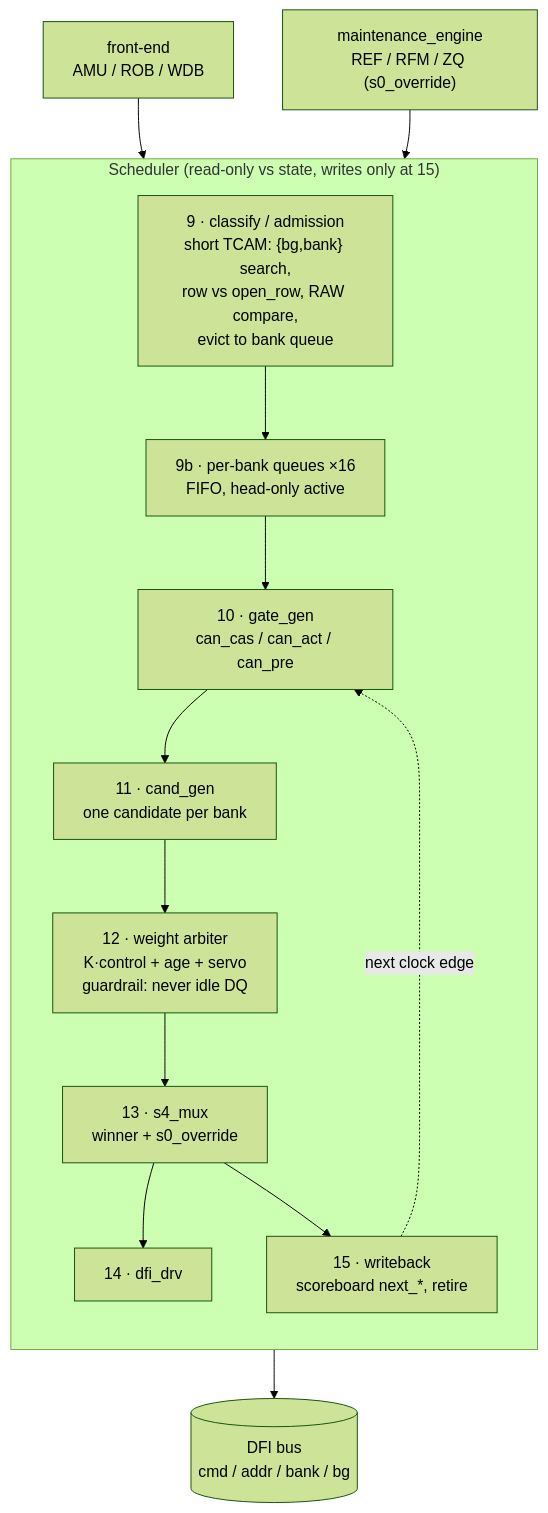
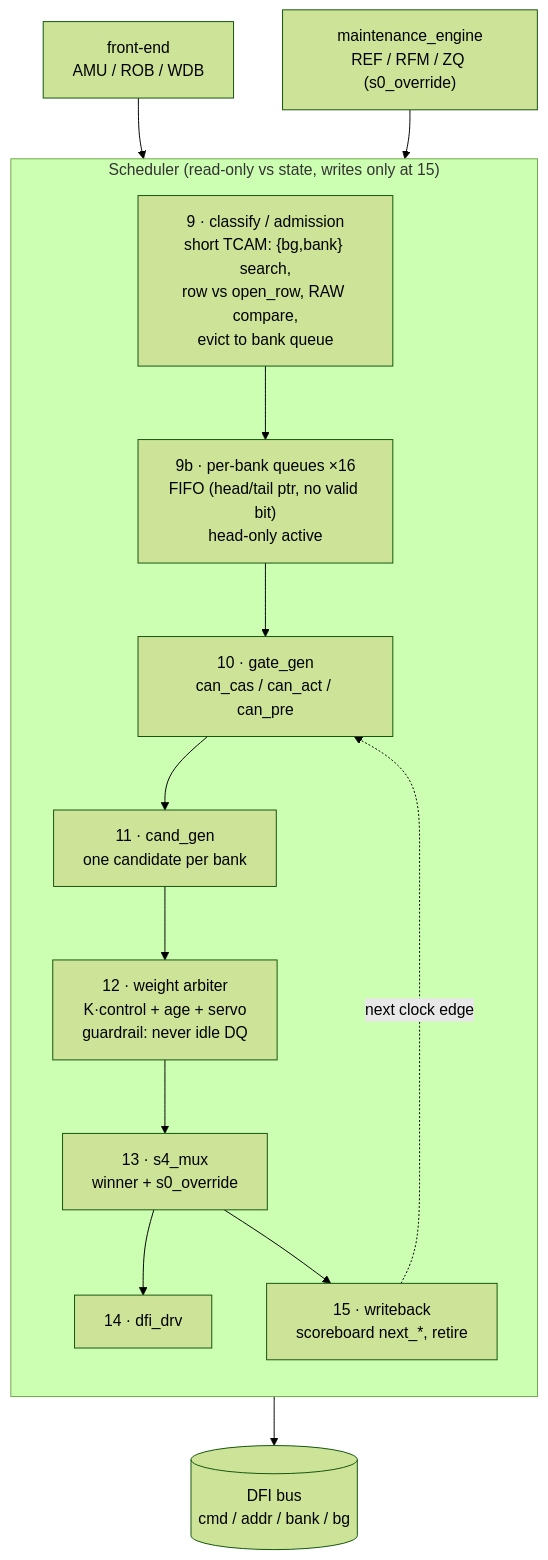
The first of 3 diagrams in docs/scheduler_block_diagram.md (ByteWise-Cookie/rmc_theory), drawn with Mermaid (forest theme) before and after one commit. The commit also changed other lines of this file and 5 other files, not shown here.

First line of the commit message:
docs(sched): no valid bit in per-bank queue (mentor)

````diff
--- a/docs/scheduler_block_diagram.md
+++ b/docs/scheduler_block_diagram.md
@@ -12,23 +12,23 @@
 ```mermaid
 flowchart TB
     SRC["front-end<br/>AMU / ROB / WDB"] --> ADM
 
     subgraph SCH["Scheduler (read-only vs state, writes only at 15)"]
         direction TB
         ADM["9 · classify / admission<br/>short TCAM: {bg,bank} search,<br/>row vs open_row, RAW compare,<br/>evict to bank queue"]
-        Q["9b · per-bank queues ×16<br/>FIFO, head-only active"]
+        Q["9b · per-bank queues ×16<br/>FIFO (head/tail ptr, no valid bit)<br/>head-only active"]
         GATE["10 · gate_gen<br/>can_cas / can_act / can_pre"]
         CAND["11 · cand_gen<br/>one candidate per bank"]
         ARB["12 · weight arbiter<br/>K·control + age + servo<br/>guardrail: never idle DQ"]
         MUX["13 · s4_mux<br/>winner + s0_override"]
         DRV["14 · dfi_drv"]
         WB["15 · writeback<br/>scoreboard next_*, retire"]
 
         ADM --> Q --> GATE --> CAND --> ARB --> MUX --> DRV
         MUX --> WB
     end
 
     ME["maintenance_engine<br/>REF / RFM / ZQ (s0_override)"] --> MUX
     DRV --> DFI[("DFI bus<br/>cmd / addr / bank / bg")]
     WB -. "next clock edge" .-> GATE
 ```
````
